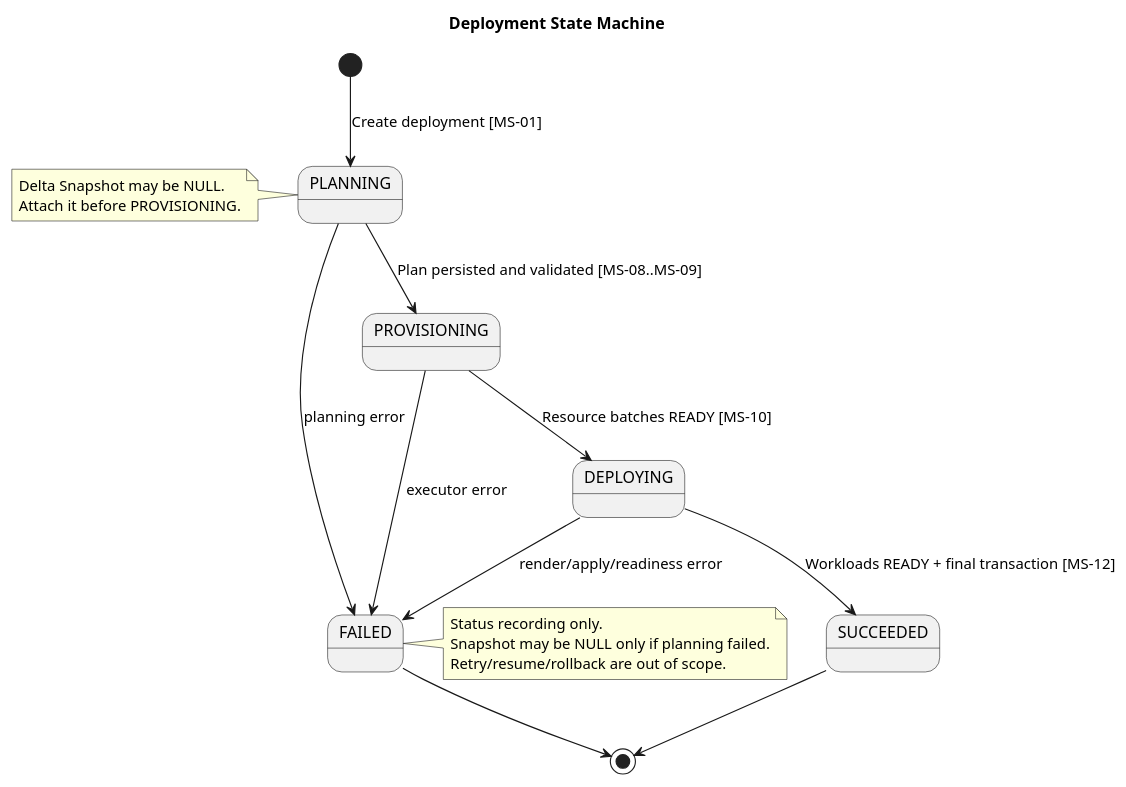
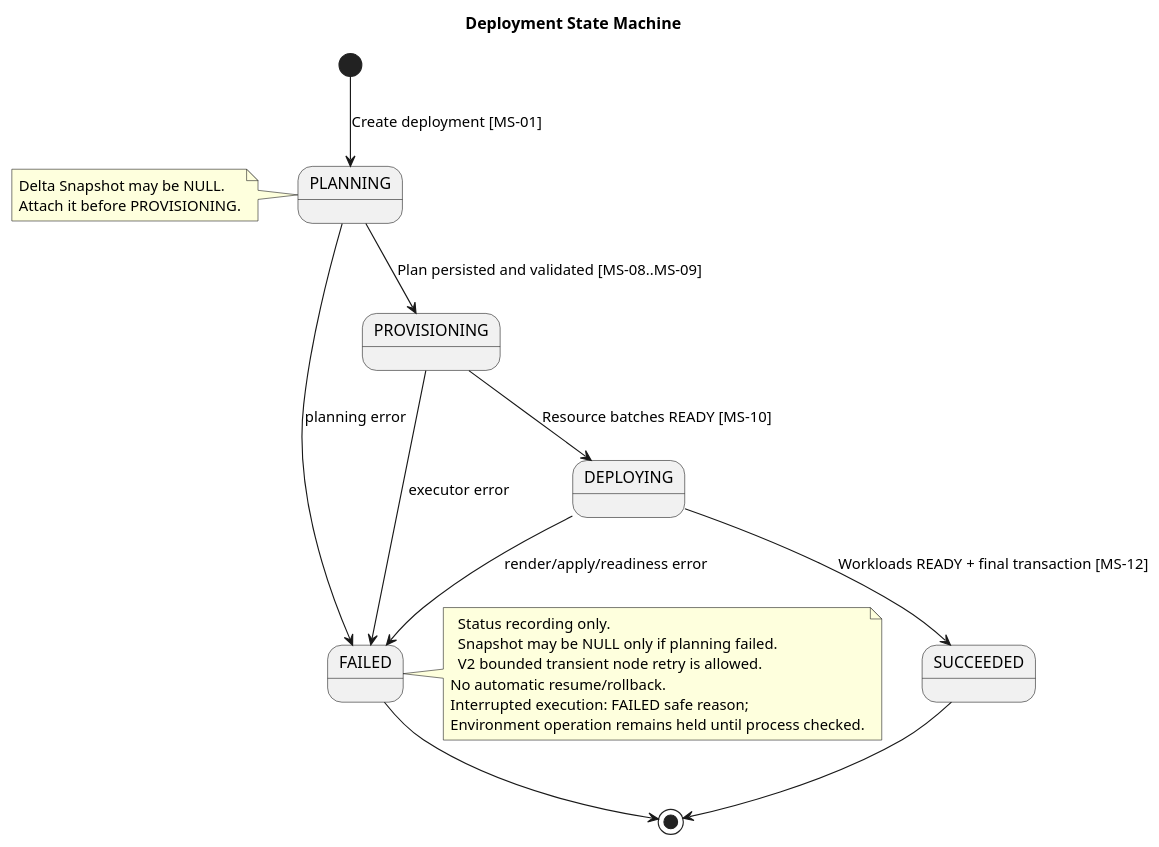
The diagram in orchestrator_docs/architecture/state-machines/deployment.puml (pr3s3nt/poc), drawn with PlantUML before and after one commit. The commit also changed 115 other files, not shown here.

```diff
--- a/orchestrator_docs/architecture/state-machines/deployment.puml
+++ b/orchestrator_docs/architecture/state-machines/deployment.puml
@@ -1,21 +1,24 @@
 @startuml
 title Deployment State Machine
 [*] --> PLANNING : Create deployment [MS-01]
 PLANNING --> PROVISIONING : Plan persisted and validated [MS-08..MS-09]
 PROVISIONING --> DEPLOYING : Resource batches READY [MS-10]
 DEPLOYING --> SUCCEEDED : Workloads READY + final transaction [MS-12]
 PLANNING --> FAILED : planning error
 PROVISIONING --> FAILED : executor error
 DEPLOYING --> FAILED : render/apply/readiness error
 SUCCEEDED --> [*]
 FAILED --> [*]
 note left of PLANNING
   Delta Snapshot may be NULL.
   Attach it before PROVISIONING.
 end note
 note right of FAILED
   Status recording only.
   Snapshot may be NULL only if planning failed.
-  Retry/resume/rollback are out of scope.
+  V2 bounded transient node retry is allowed.
+No automatic resume/rollback.
+Interrupted execution: FAILED safe reason;
+Environment operation remains held until process checked.
 end note
 @enduml
```
